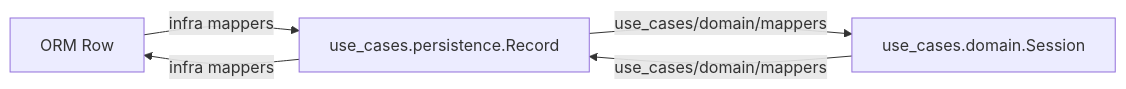
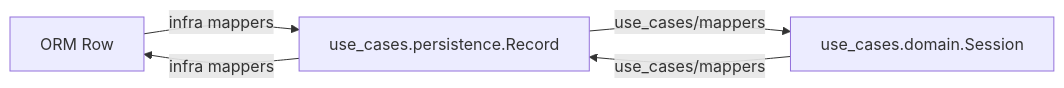
Before and after one commit to RomFuture/telegram-uploader: the third of 4 diagrams in docs/ONION_ARCHITECTURE.md, drawn with Mermaid. The commit also changed other lines of this file and 76 other files, not shown here.

````diff
--- a/docs/ONION_ARCHITECTURE.md
+++ b/docs/ONION_ARCHITECTURE.md
@@ -374,7 +381,7 @@
 ```mermaid
 flowchart LR
   ORM[ORM Row] -->|"infra mappers"| Record[use_cases.persistence.Record]
-  Record -->|"use_cases/domain/mappers"| Entity[use_cases.domain.Session]
-  Entity -->|"use_cases/domain/mappers"| Record
+  Record -->|"use_cases/mappers"| Entity[use_cases.domain.Session]
+  Entity -->|"use_cases/mappers"| Record
   Record -->|"infra mappers"| ORM
 ```
````
